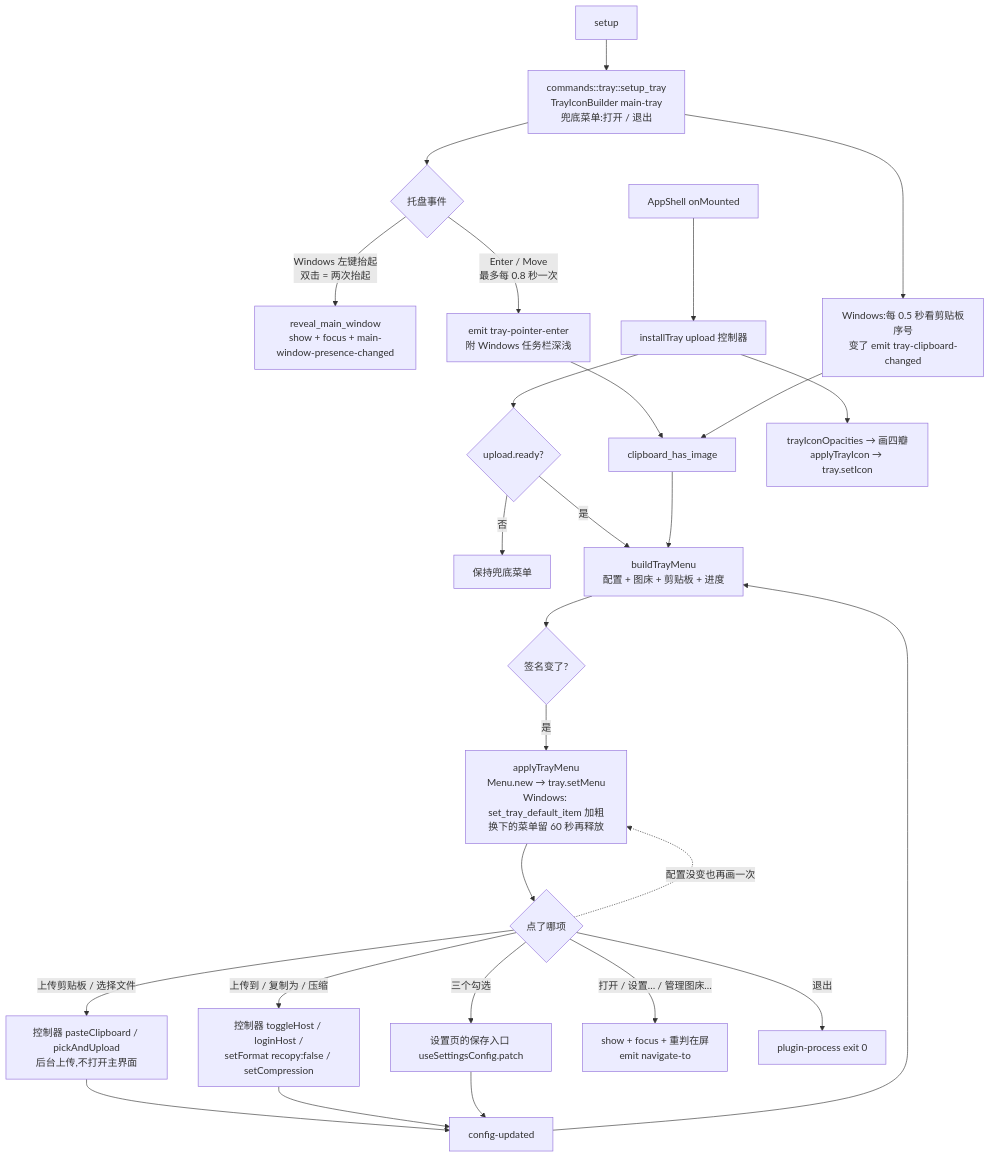
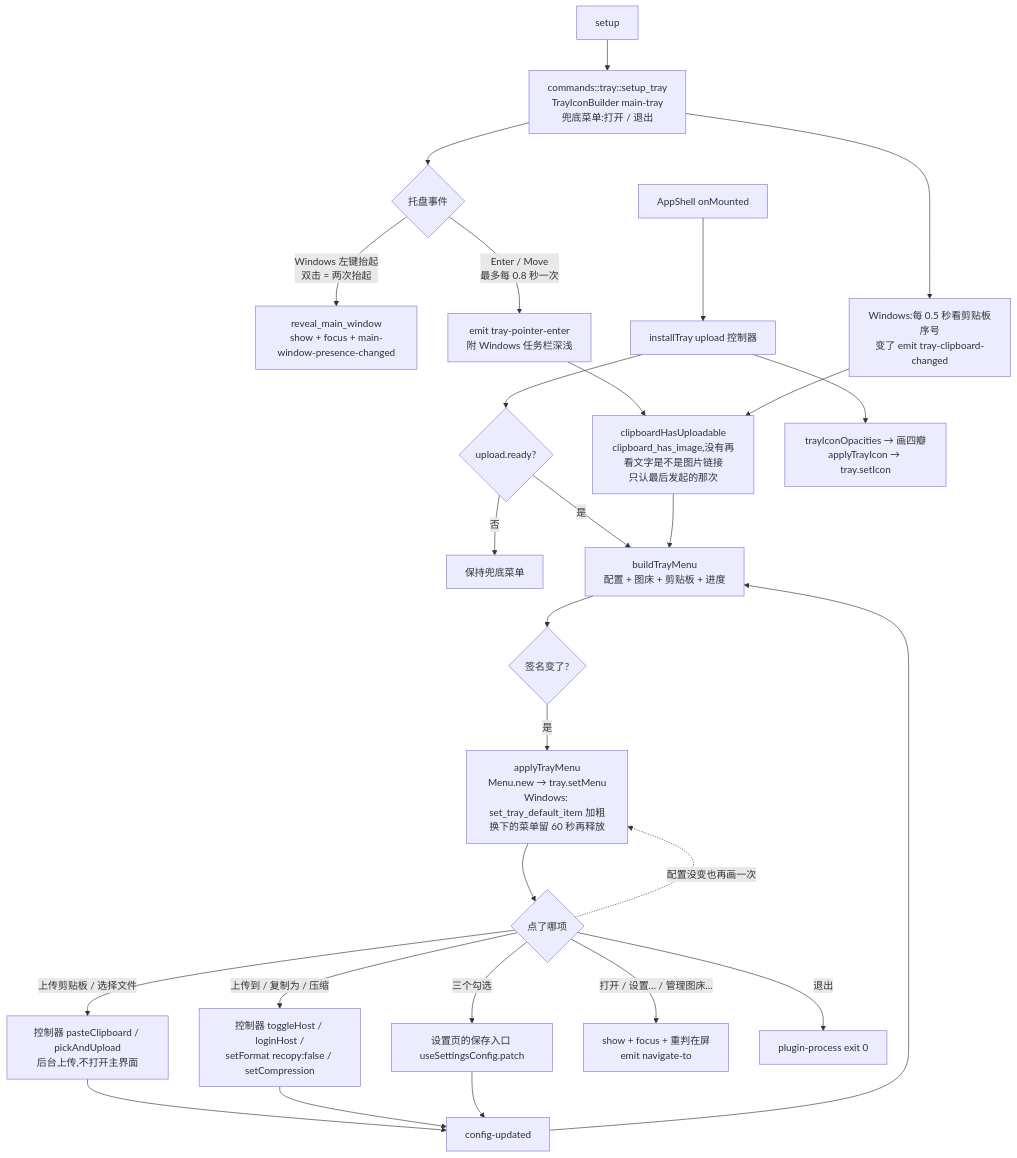
The second of 4 diagrams in docs/flows/window-system-integration.md (joeyliu6/PicNexus), drawn with Mermaid before and after one commit. The commit also changed other lines of this file and 6 other files, not shown here.

First line of the commit message:
fix(tray): count an image link in the clipboard as something to upload

````diff
--- a/docs/flows/window-system-integration.md
+++ b/docs/flows/window-system-integration.md
@@ -81,26 +81,26 @@
 ```mermaid
 flowchart TD
     S[setup] --> T[commands::tray::setup_tray<br/>TrayIconBuilder main-tray<br/>兜底菜单:打开 / 退出]
     T --> EV{托盘事件}
     EV -- Windows 左键抬起<br/>双击 = 两次抬起 --> RV[reveal_main_window<br/>show + focus + main-window-presence-changed]
     EV -- Enter / Move<br/>最多每 0.8 秒一次 --> HV[emit tray-pointer-enter<br/>附 Windows 任务栏深浅]
     T --> CW[Windows:每 0.5 秒看剪贴板序号<br/>变了 emit tray-clipboard-changed]
 
     SHELL[AppShell onMounted] --> IT[installTray upload 控制器]
     IT --> R{upload.ready?}
     R -- 否 --> FB[保持兜底菜单]
     R -- 是 --> M[buildTrayMenu<br/>配置 + 图床 + 剪贴板 + 进度]
-    HV & CW --> CB[clipboard_has_image] --> M
+    HV & CW --> CB[clipboardHasUploadable<br/>clipboard_has_image,没有再看文字是不是图片链接<br/>只认最后发起的那次] --> M
     M --> SIG{签名变了?}
     SIG -- 是 --> AM[applyTrayMenu<br/>Menu.new → tray.setMenu<br/>Windows: set_tray_default_item 加粗<br/>换下的菜单留 60 秒再释放]
     IT --> IC[trayIconOpacities → 画四瓣<br/>applyTrayIcon → tray.setIcon]
 
     AM --> CLICK{点了哪项}
     CLICK -- 上传剪贴板 / 选择文件 --> UP[控制器 pasteClipboard / pickAndUpload<br/>后台上传,不打开主界面]
     CLICK -- 上传到 / 复制为 / 压缩 --> CT[控制器 toggleHost / loginHost /<br/>setFormat recopy:false / setCompression]
     CLICK -- 三个勾选 --> SP[设置页的保存入口 useSettingsConfig.patch]
     CLICK -- 打开 / 设置… / 管理图床… --> NAV[show + focus + 重判在屏<br/>emit navigate-to]
     CLICK -- 退出 --> Q[plugin-process exit 0]
     UP & CT & SP --> CFG[config-updated] --> M
     CLICK -.配置没变也再画一次.-> AM
 ```
````
